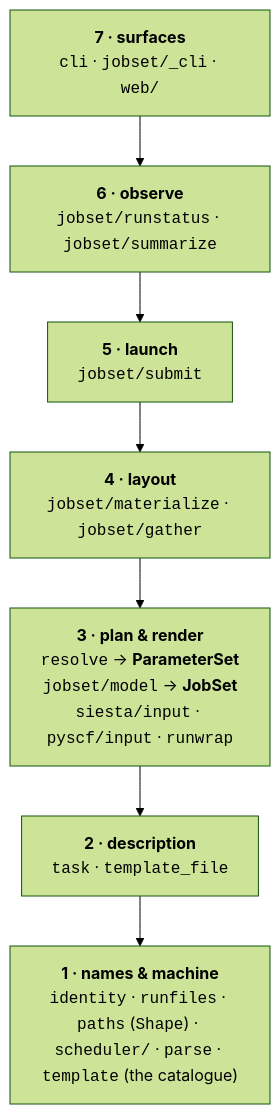
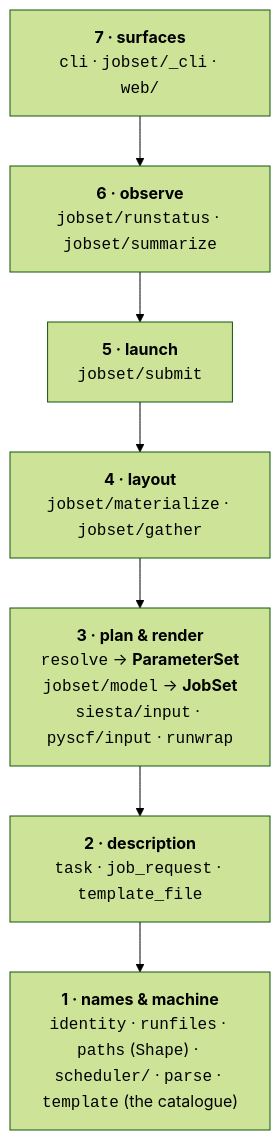
One commit to Qing-LAB/molbuilder changed the third of 3 diagrams in docs/execution/generator.md. Above: the diagram before and after it, drawn with Mermaid (forest theme). The commit also changed other lines of this file and 196 other files, not shown here.

````diff
--- a/docs/execution/generator.md
+++ b/docs/execution/generator.md
@@ -805,11 +796,11 @@
 ```mermaid
 flowchart TB
     F7["<b>7 · surfaces</b><br/><code>cli</code> · <code>jobset/_cli</code> · <code>web/</code>"]
     F6["<b>6 · observe</b><br/><code>jobset/runstatus</code> · <code>jobset/summarize</code>"]
     F5["<b>5 · launch</b><br/><code>jobset/submit</code>"]
     F4["<b>4 · layout</b><br/><code>jobset/materialize</code> · <code>jobset/gather</code>"]
     F3["<b>3 · plan &amp; render</b><br/><code>resolve</code> → <b>ParameterSet</b><br/><code>jobset/model</code> → <b>JobSet</b><br/><code>siesta/input</code> · <code>pyscf/input</code> · <code>runwrap</code>"]
-    F2["<b>2 · description</b><br/><code>task</code> · <code>template_file</code>"]
+    F2["<b>2 · description</b><br/><code>task</code> · <code>job_request</code> · <code>template_file</code>"]
     F1["<b>1 · names & machine</b><br/><code>identity</code> · <code>runfiles</code> · <code>paths</code> (<code>Shape</code>) · <code>scheduler/</code> · <code>parse</code> · <code>template</code> (the catalogue)"]
     F7 --> F6 --> F5 --> F4 --> F3 --> F2 --> F1
 ```
````
